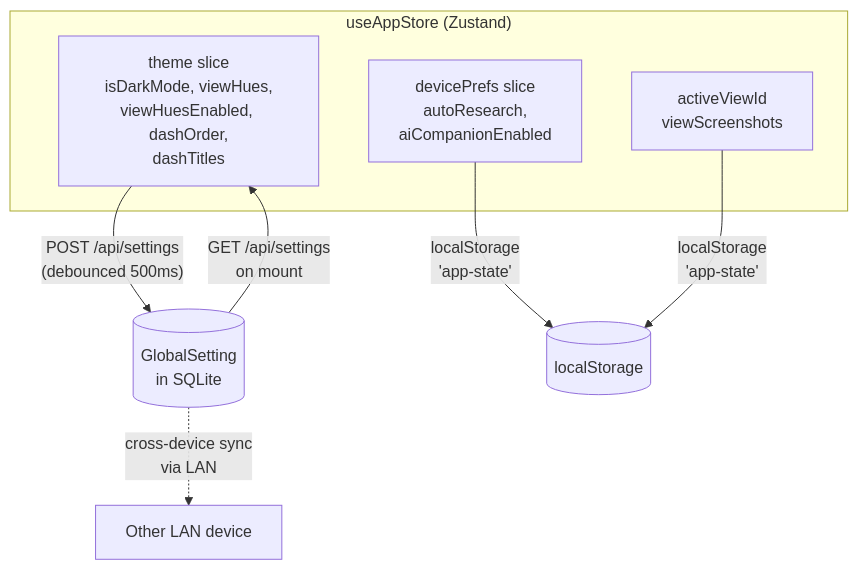
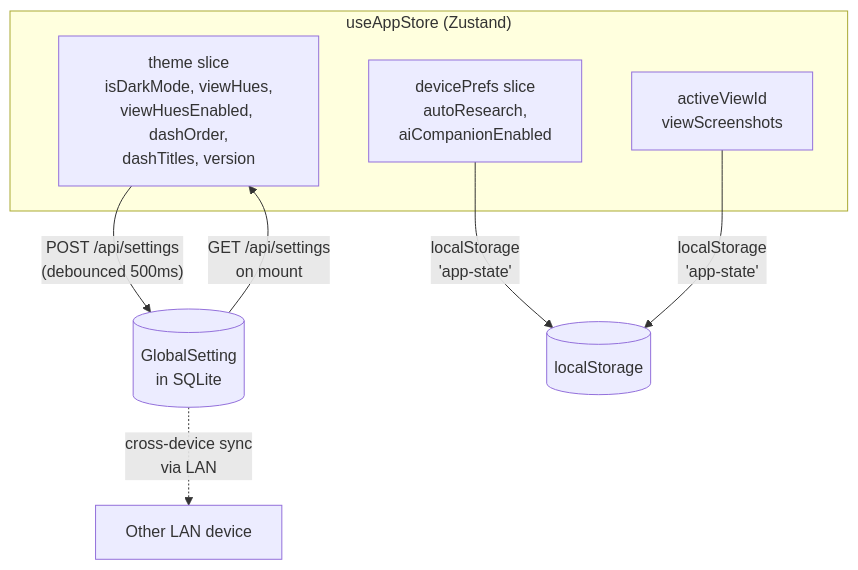
One commit to salsquared/mission-control changed the seventh of 10 diagrams in docs/architecture.md. Above: the diagram before and after it, drawn with Mermaid. The commit also changed other lines of this file, not shown here.

First line of the commit message:
docs: refresh architecture.md to reflect MVP2 state

````diff
--- a/docs/architecture.md
+++ b/docs/architecture.md
@@ -611,16 +651,16 @@
 ```mermaid
 graph TD
     subgraph useAppStore["useAppStore (Zustand)"]
-        T["theme slice<br/>isDarkMode, viewHues,<br/>viewHuesEnabled, dashOrder,<br/>dashTitles"]
+        T["theme slice<br/>isDarkMode, viewHues,<br/>viewHuesEnabled, dashOrder,<br/>dashTitles, version"]
         D["devicePrefs slice<br/>autoResearch,<br/>aiCompanionEnabled"]
         A["activeViewId<br/>viewScreenshots"]
     end
 
     T -->|"POST /api/settings<br/>(debounced 500ms)"| DB[("GlobalSetting<br/>in SQLite")]
     DB -->|"GET /api/settings<br/>on mount"| T
 
     D -->|"localStorage<br/>'app-state'"| LS[("localStorage")]
     A -->|"localStorage<br/>'app-state'"| LS
 
     DB -.->|"cross-device sync<br/>via LAN"| OtherDevice["Other LAN device"]
 ```
````
